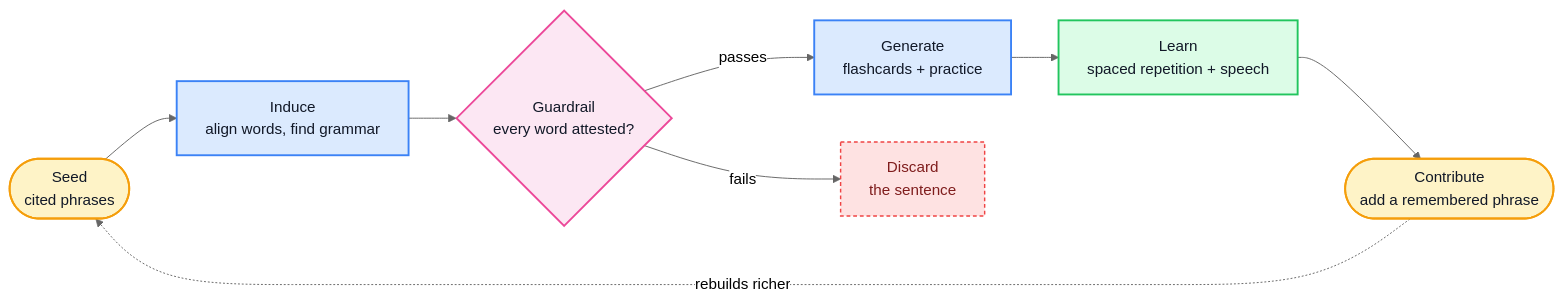
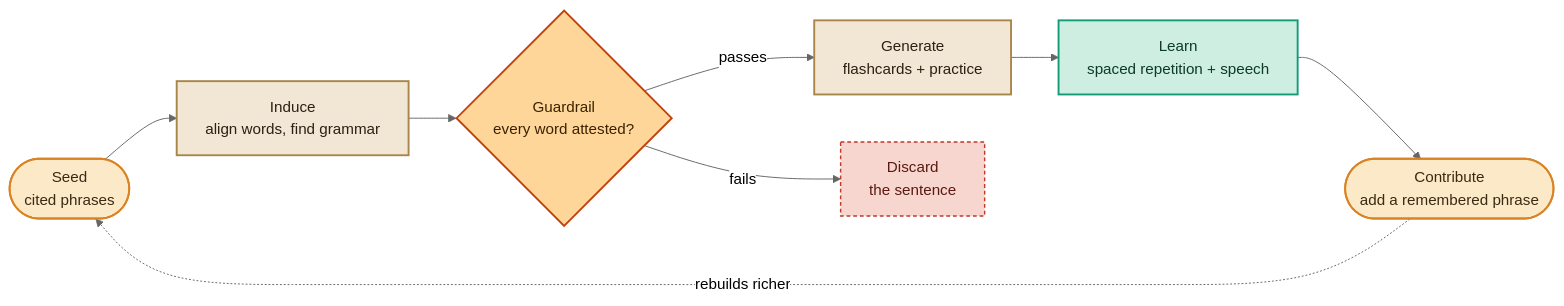
One commit to areebhirani-beep/lantern changed the third of 4 diagrams in README.md. Above: the diagram before and after it, drawn with Mermaid (neutral theme). The commit also changed other lines of this file and 4 other files, not shown here.

First line of the commit message:
README: polished overhaul with website imagery + metric graphs

````diff
--- a/README.md
+++ b/README.md
@@ -43,22 +113,22 @@
 ```mermaid
 flowchart LR
     A(["Seed<br/>cited phrases"]) --> B["Induce<br/>align words, find grammar"]
     B --> C{"Guardrail<br/>every word attested?"}
     C -->|passes| D["Generate<br/>flashcards + practice"]
     C -->|fails| X["Discard<br/>the sentence"]
     D --> E["Learn<br/>spaced repetition + speech"]
     E --> F(["Contribute<br/>add a remembered phrase"])
     F -. rebuilds richer .-> A
 
-    classDef seed fill:#FEF3C7,stroke:#F59E0B,stroke-width:2px,color:#111827;
-    classDef process fill:#DBEAFE,stroke:#3B82F6,stroke-width:2px,color:#111827;
-    classDef guard fill:#FCE7F3,stroke:#EC4899,stroke-width:2px,color:#111827;
-    classDef learn fill:#DCFCE7,stroke:#22C55E,stroke-width:2px,color:#111827;
-    classDef discard fill:#FEE2E2,stroke:#EF4444,stroke-width:1.5px,color:#7F1D1D,stroke-dasharray:4 3;
+    classDef seed fill:#FCE9C8,stroke:#D98324,stroke-width:2px,color:#3a2a12;
+    classDef process fill:#F1E7D4,stroke:#A8854A,stroke-width:2px,color:#2a2114;
+    classDef guard fill:#FFD699,stroke:#C2410C,stroke-width:2px,color:#3a2200;
+    classDef learn fill:#CDEEE0,stroke:#119B76,stroke-width:2px,color:#0c3a2b;
+    classDef discard fill:#F6D6CE,stroke:#C0392B,stroke-width:1.5px,color:#5a1a12,stroke-dasharray:4 3;
 
     class A,F seed;
     class B,D process;
     class C guard;
     class E learn;
     class X discard;
 ```
````
